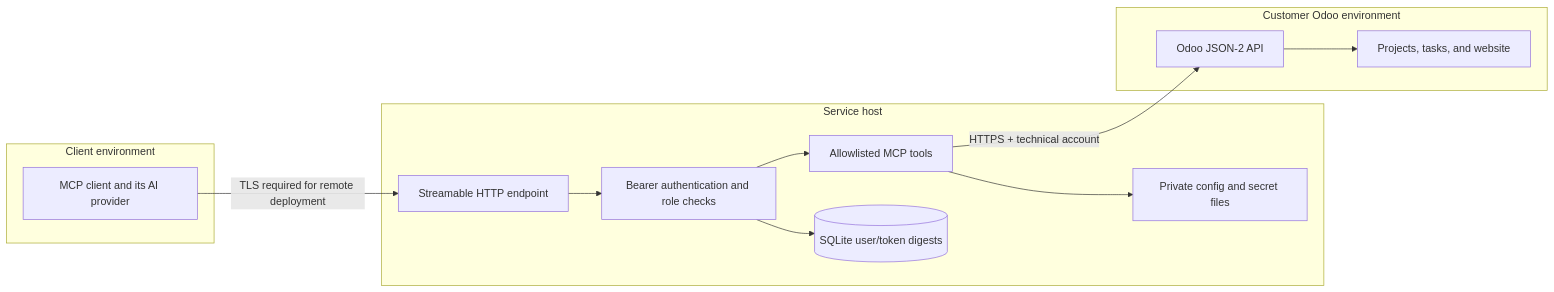
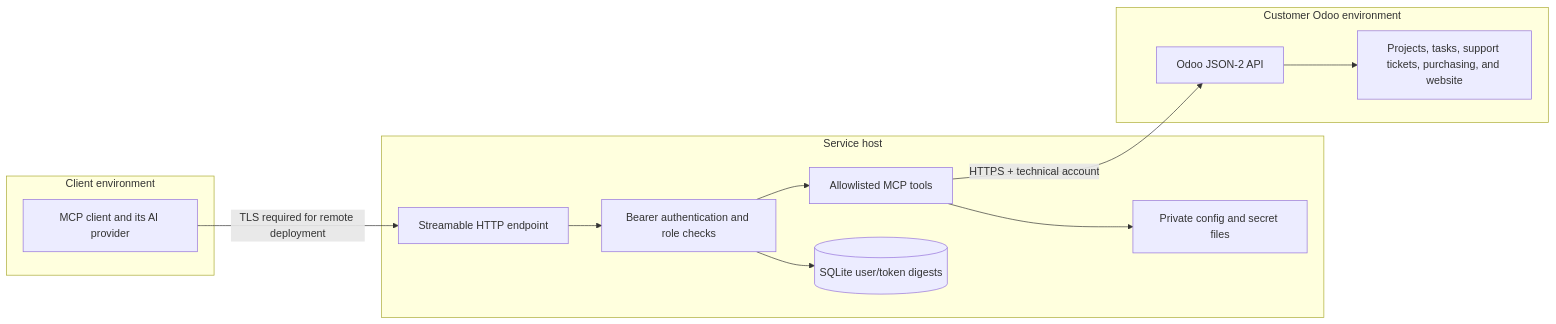
One commit to yadenispinero/odoo-projects-mcp changed the diagram in docs/ARCHITECTURE.md. Above: the diagram before and after it, drawn with Mermaid. The commit also changed other lines of this file and 10 other files, not shown here.

````diff
--- a/docs/ARCHITECTURE.md
+++ b/docs/ARCHITECTURE.md
@@ -13,21 +13,21 @@
 ```mermaid
 flowchart LR
   subgraph ClientZone[Client environment]
     CLIENT[MCP client and its AI provider]
   end
   subgraph ServiceZone[Service host]
     ENTRY[Streamable HTTP endpoint]
     AUTH[Bearer authentication and role checks]
     TOOLS[Allowlisted MCP tools]
     CONFIG[Private config and secret files]
     USERS[(SQLite user/token digests)]
   end
   subgraph OdooZone[Customer Odoo environment]
     API[Odoo JSON-2 API]
-    DATA[Projects, tasks, and website]
+    DATA[Projects, tasks, support tickets, purchasing, and website]
   end
   CLIENT -->|TLS required for remote deployment| ENTRY --> AUTH --> TOOLS
   TOOLS -->|HTTPS + technical account| API --> DATA
   TOOLS --> CONFIG
   AUTH --> USERS
 ```
````
